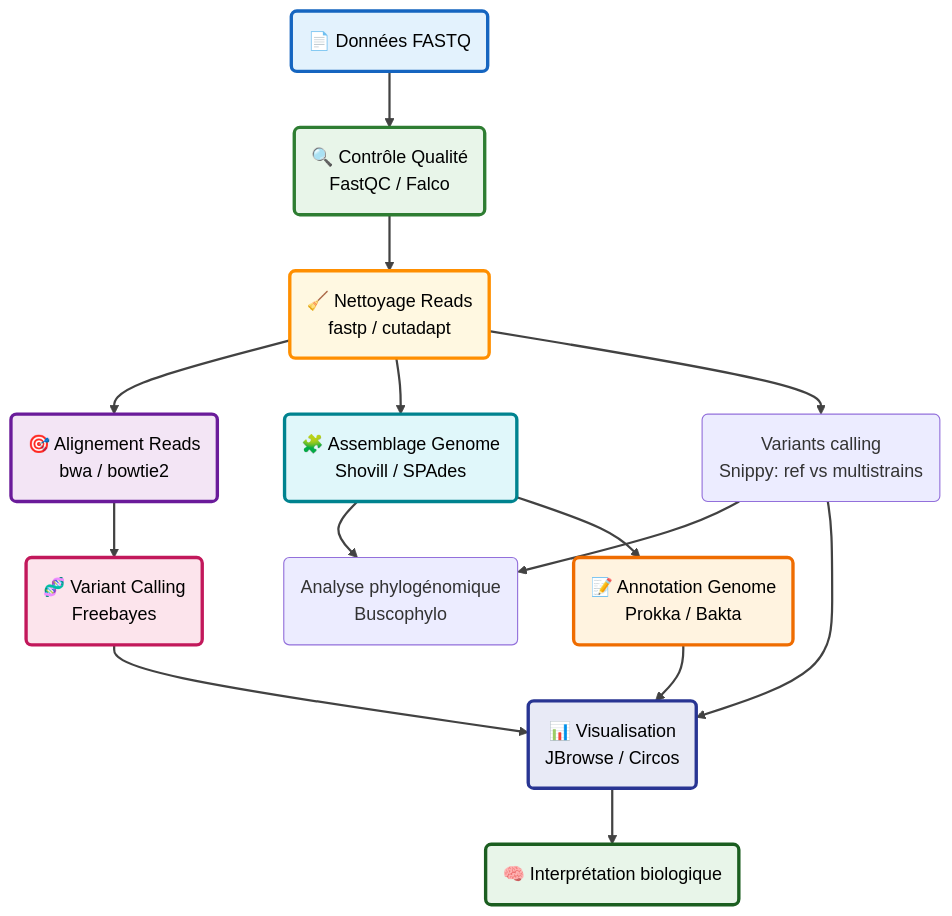
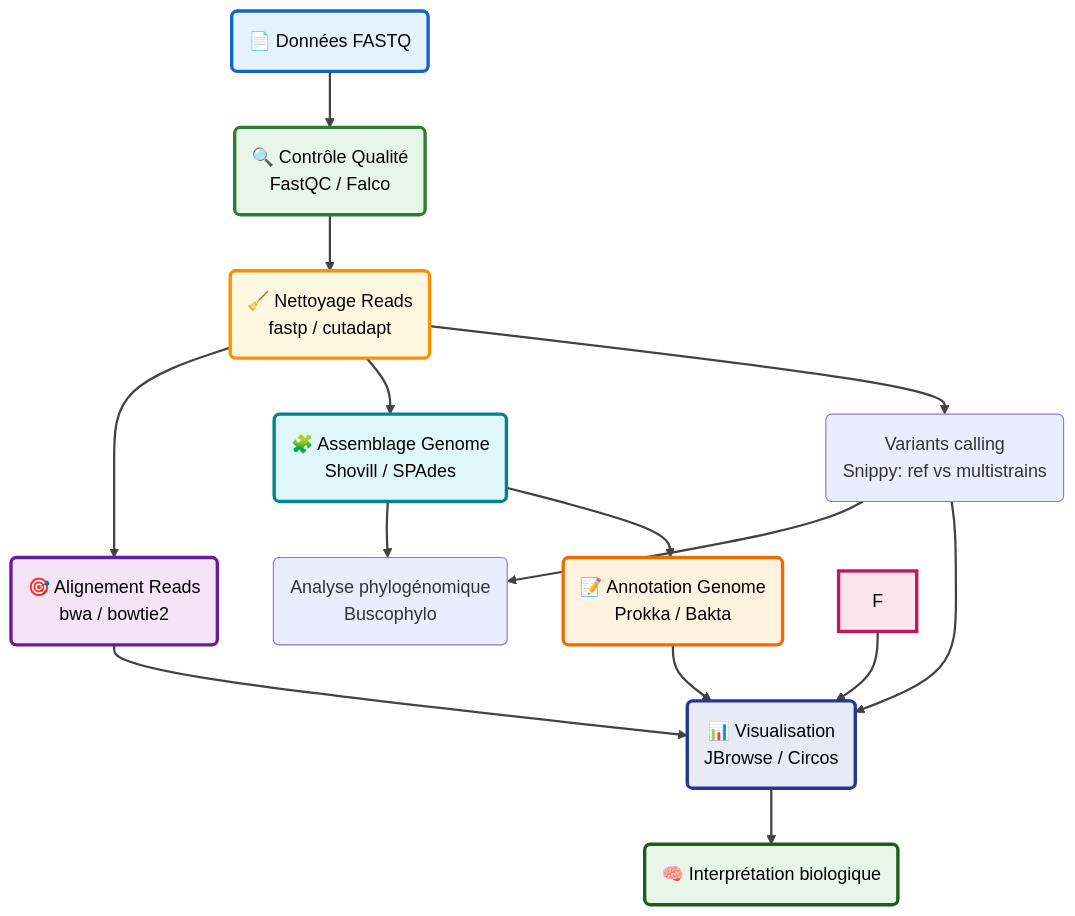
Before and after one commit to SolayMane/Bioinformatics-_On_Galaxy_2026: the diagram in Workshop_outline_ameliore.md, drawn with Mermaid.

````diff
--- a/Workshop_outline_ameliore.md
+++ b/Workshop_outline_ameliore.md
@@ -40,58 +40,58 @@
 ```mermaid
 flowchart TD
 
     A("📄 Données FASTQ")
     B("🔍 Contrôle Qualité<br/>FastQC / Falco")
     C("🧹 Nettoyage Reads<br/>fastp / cutadapt")
 
     D("🎯 Alignement Reads<br/>bwa / bowtie2")
     E("🧩 Assemblage Genome<br/>Shovill / SPAdes")
     X(" Variants calling<br/>Snippy: ref vs multistrains")
     Z("Analyse phylogénomique<br/>Buscophylo")
 
     
-    F("🧬 Variant Calling<br/> Freebayes")
+    
     G("📝 Annotation Genome<br/>Prokka / Bakta")
 
     H("📊 Visualisation<br/>JBrowse / Circos")
     I("🧠 Interprétation biologique")
 
     A --> B
     B --> C
 
     C --> D
     C --> E
     C --> X
     E --> Z
     X --> Z
-    D --> F
+    D --> H
     E --> G
     X --> H
     F --> H
     G --> H
 
     H --> I
 
     %% =========================
     %% Couleurs des noeuds
     %% =========================
 
     style A fill:#e3f2fd,stroke:#1565c0,stroke-width:3px,color:#000
     style B fill:#e8f5e9,stroke:#2e7d32,stroke-width:3px,color:#000
     style C fill:#fff8e1,stroke:#ff8f00,stroke-width:3px,color:#000
 
     style D fill:#f3e5f5,stroke:#6a1b9a,stroke-width:3px,color:#000
     style E fill:#e0f7fa,stroke:#00838f,stroke-width:3px,color:#000
 
     style F fill:#fce4ec,stroke:#c2185b,stroke-width:3px,color:#000
     style G fill:#fff3e0,stroke:#ef6c00,stroke-width:3px,color:#000
 
     style H fill:#e8eaf6,stroke:#283593,stroke-width:3px,color:#000
     style I fill:#e8f5e9,stroke:#1b5e20,stroke-width:3px,color:#000
 
     %% =========================
     %% Style des liens
     %% =========================
 
     linkStyle default stroke:#424242,stroke-width:2px
 ```
````
